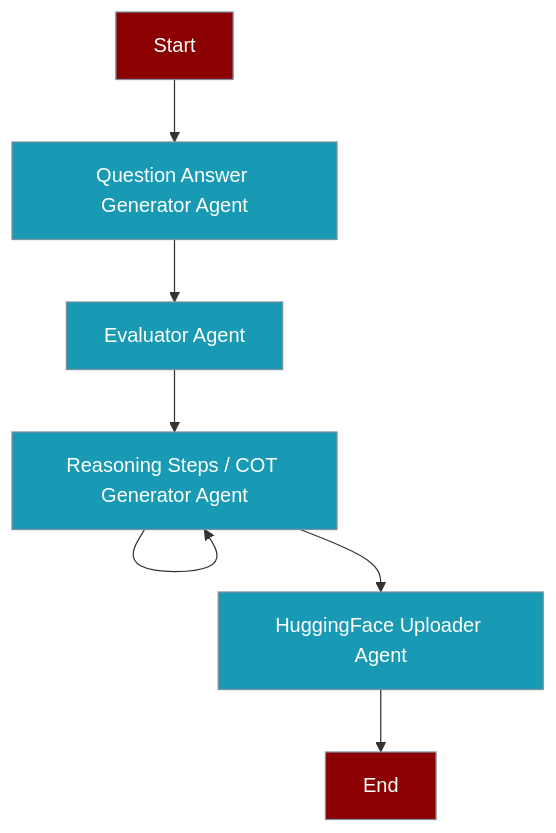
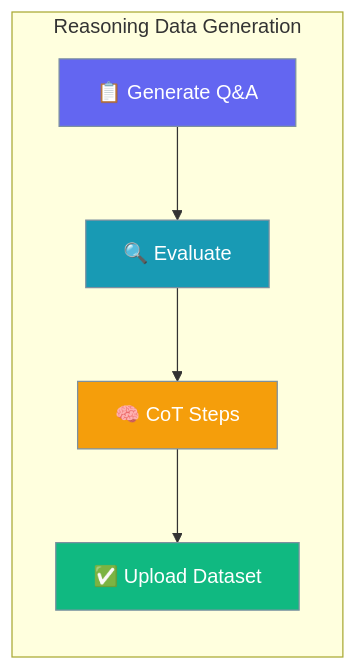
Before and after one commit to MervinPraison/PraisonAIDocs: the first of 2 diagrams in docs/features/generate-reasoning.mdx, drawn with Mermaid. The commit also changed other lines of this file and 1 other file, not shown here.

Commit message:
docs: add graph LR hero + sequenceDiagram to handoff-filters, generate-reasoning (#1675)

````diff
--- a/docs/features/generate-reasoning.mdx
+++ b/docs/features/generate-reasoning.mdx
@@ -17,15 +17,17 @@
 ```mermaid
-flowchart TD
-    Start[Start] --> Generator[Question Answer Generator Agent]
-    Generator --> Evaluator[Evaluator Agent]
-    Evaluator --> COT[Reasoning Steps / COT Generator Agent]
-    COT --> COT
-    COT --> Upload[HuggingFace Uploader Agent]
-    Upload --> End[End]
-    
-    classDef agent fill:#8B0000,stroke:#7C90A0,color:#fff
+graph LR
+    subgraph "Reasoning Data Generation"
+        G[📋 Generate Q&A] --> E[🔍 Evaluate]
+        E --> C[🧠 CoT Steps]
+        C --> U[✅ Upload Dataset]
+    end
+
+    classDef input fill:#6366F1,stroke:#7C90A0,color:#fff
     classDef tool fill:#189AB4,stroke:#7C90A0,color:#fff
-    class Start,End agent
-    class Generator,Evaluator,COT,Upload tool
-
+    classDef process fill:#F59E0B,stroke:#7C90A0,color:#fff
+    classDef output fill:#10B981,stroke:#7C90A0,color:#fff
+    class G input
+    class E tool
+    class C process
+    class U output
 ```
````
